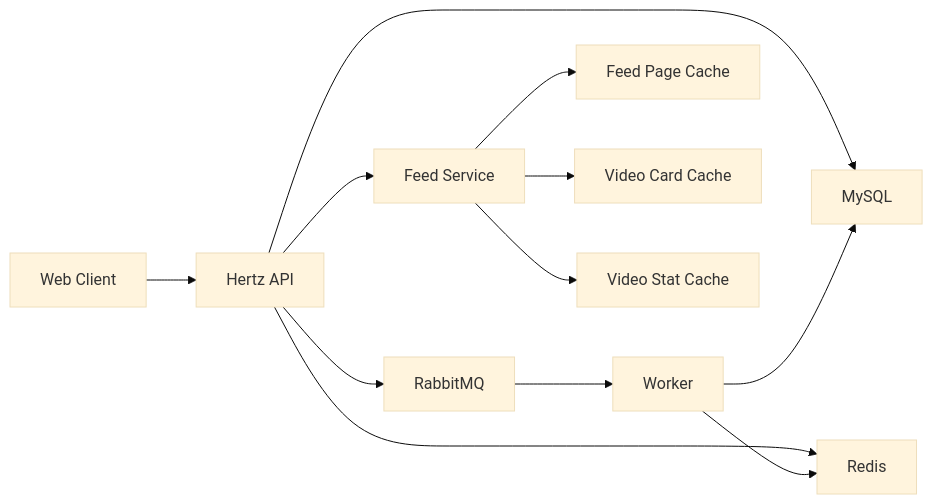
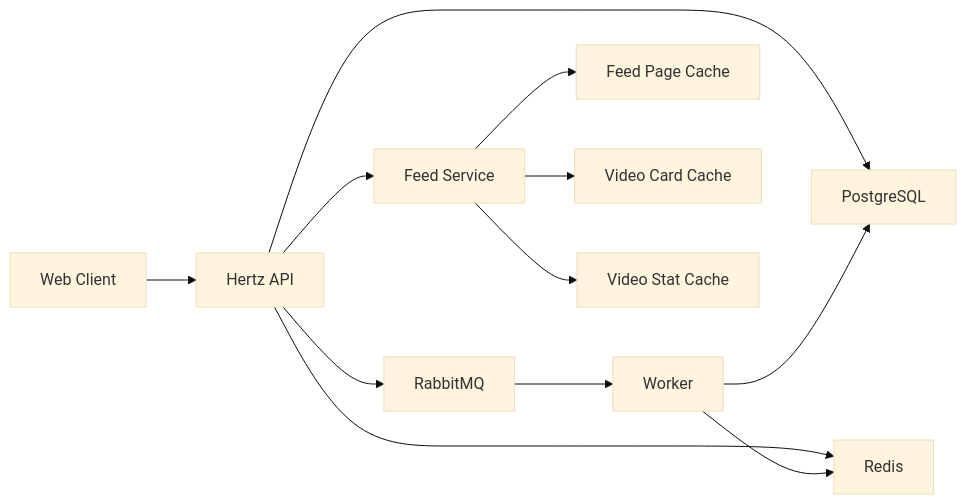
The diagram in docs/optimization.md (shiyudesu/frux), drawn with Mermaid (base theme) before and after one commit. The commit also changed other lines of this file and 54 other files, not shown here.

First line of the commit message:
refactor(api): migrate persistence to PostgreSQL

````diff
--- a/docs/optimization.md
+++ b/docs/optimization.md
@@ -15,15 +15,15 @@
 ```mermaid
 flowchart LR
     Client["Web Client"] --> API["Hertz API"]
-    API --> MySQL["MySQL"]
+    API --> PostgreSQL["PostgreSQL"]
     API --> Redis["Redis"]
     API --> RabbitMQ["RabbitMQ"]
     RabbitMQ --> Worker["Worker"]
-    Worker --> MySQL
+    Worker --> PostgreSQL
     Worker --> Redis
 
     API --> FeedService["Feed Service"]
     FeedService --> PageCache["Feed Page Cache"]
     FeedService --> CardCache["Video Card Cache"]
     FeedService --> StatCache["Video Stat Cache"]
 ```
````
